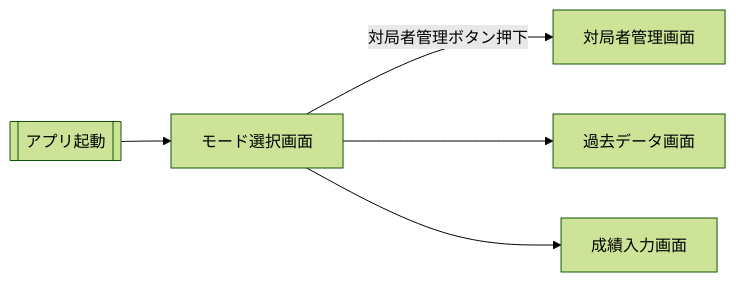
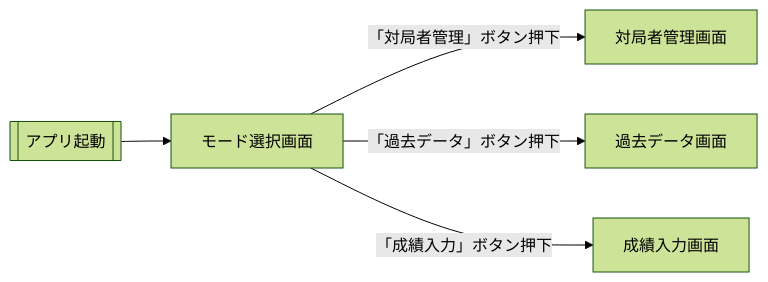
The first of 2 diagrams in docs/05_Screen-Flowchart.md (kongou71905/fs-test-app), drawn with Mermaid (forest theme) before and after one commit.

Commit message:
Update button labels in flowchart for clarity

````diff
--- a/docs/05_Screen-Flowchart.md
+++ b/docs/05_Screen-Flowchart.md
@@ -3,7 +3,7 @@
 ```mermaid
 flowchart LR
 	start[[アプリ起動]] --> 01-top[モード選択画面]
-    01-top[モード選択画面] -- "対局者管理"ボタン押下 --> 02-kanri[対局者管理画面]
-    01-top[モード選択画面] --> 03-Data[過去データ画面]
-    01-top[モード選択画面] --> 04-input[成績入力画面]
+    01-top[モード選択画面] -- 「対局者管理」ボタン押下 --> 02-kanri[対局者管理画面]
+    01-top[モード選択画面] -- 「過去データ」ボタン押下 --> 03-Data[過去データ画面]
+    01-top[モード選択画面] -- 「成績入力」ボタン押下 --> 04-input[成績入力画面]
 ```
````
